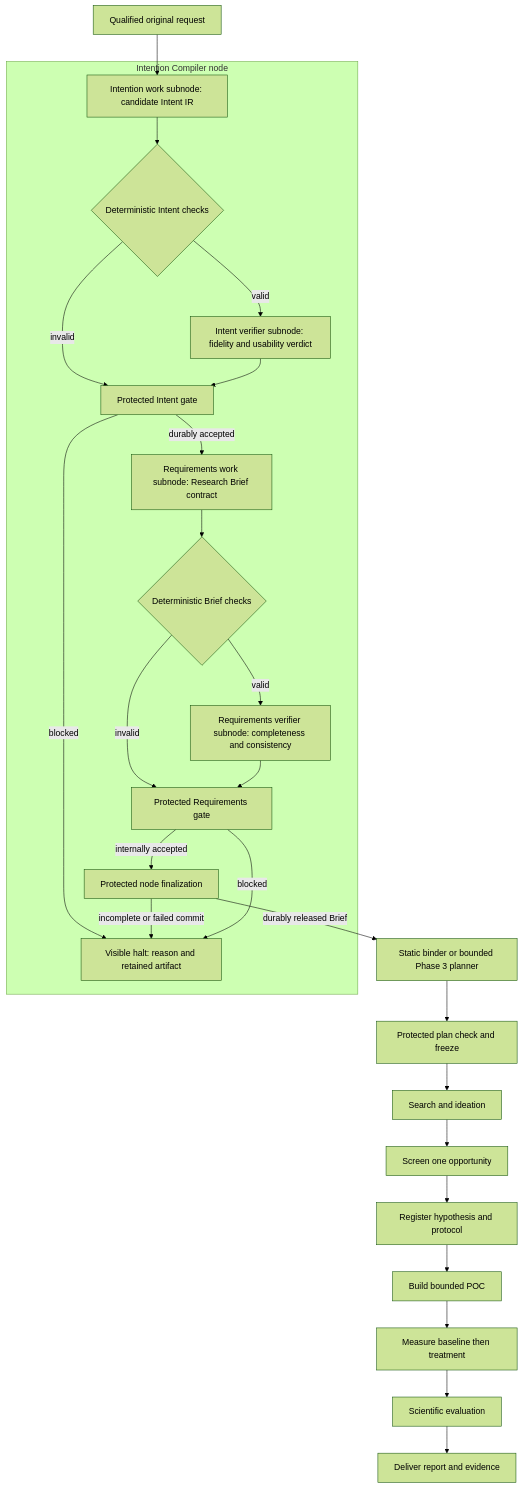
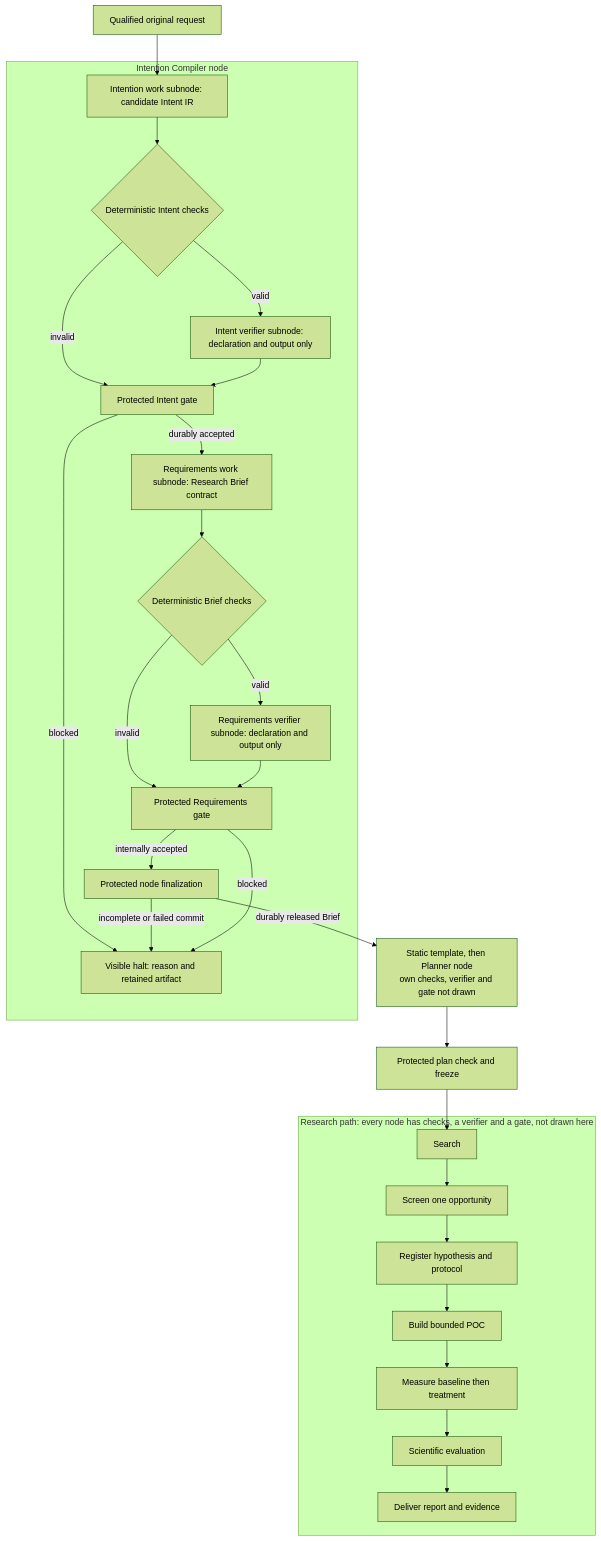
One commit to Stellven/jiuwenswarm changed the first of 3 diagrams in docs/architecture/design-package-compact/m1-design.md. Above: the diagram before and after it, drawn with Mermaid (forest theme). The commit also changed other lines of this file and 8 other files, not shown here.

Commit message:
docs: label omitted checks, verifiers and gates in the system diagram

````diff
--- a/docs/architecture/design-package-compact/m1-design.md
+++ b/docs/architecture/design-package-compact/m1-design.md
@@ -9,29 +11,31 @@
 ```mermaid
 flowchart TB
     I[Qualified original request] --> C
     subgraph Compiler[Intention Compiler node]
         C[Intention work subnode: candidate Intent IR]
     C --> D1{Deterministic Intent checks}
-    D1 -->|valid| V1[Intent verifier subnode: fidelity and usability verdict]
+    D1 -->|valid| V1[Intent verifier subnode: declaration and output only]
     D1 -->|invalid| G1[Protected Intent gate]
     V1 --> G1
     G1 -->|durably accepted| R[Requirements work subnode: Research Brief contract]
     G1 -->|blocked| H[Visible halt: reason and retained artifact]
     R --> D2{Deterministic Brief checks}
-    D2 -->|valid| V2[Requirements verifier subnode: completeness and consistency]
+    D2 -->|valid| V2[Requirements verifier subnode: declaration and output only]
     D2 -->|invalid| G2[Protected Requirements gate]
     V2 --> G2
     G2 -->|internally accepted| NG[Protected node finalization]
     NG -->|incomplete or failed commit| H
     end
-    NG -->|durably released Brief| P[Static binder or bounded Phase 3 planner]
+    NG -->|durably released Brief| P[Static template, then Planner node<br/>own checks, verifier and gate not drawn]
     G2 -->|blocked| H
     P --> F[Protected plan check and freeze]
-    F --> S[Search and ideation]
-    S --> O[Screen one opportunity]
-    O --> B[Register hypothesis and protocol]
-    B --> K[Build bounded POC]
-    K --> M[Measure baseline then treatment]
-    M --> E[Scientific evaluation]
-    E --> T[Deliver report and evidence]
+    subgraph Research[Research path: every node has checks, a verifier and a gate, not drawn here]
+        S[Search] --> O[Screen one opportunity]
+        O --> B[Register hypothesis and protocol]
+        B --> K[Build bounded POC]
+        K --> M[Measure baseline then treatment]
+        M --> E[Scientific evaluation]
+        E --> T[Deliver report and evidence]
+    end
+    F --> S
 ```
````
